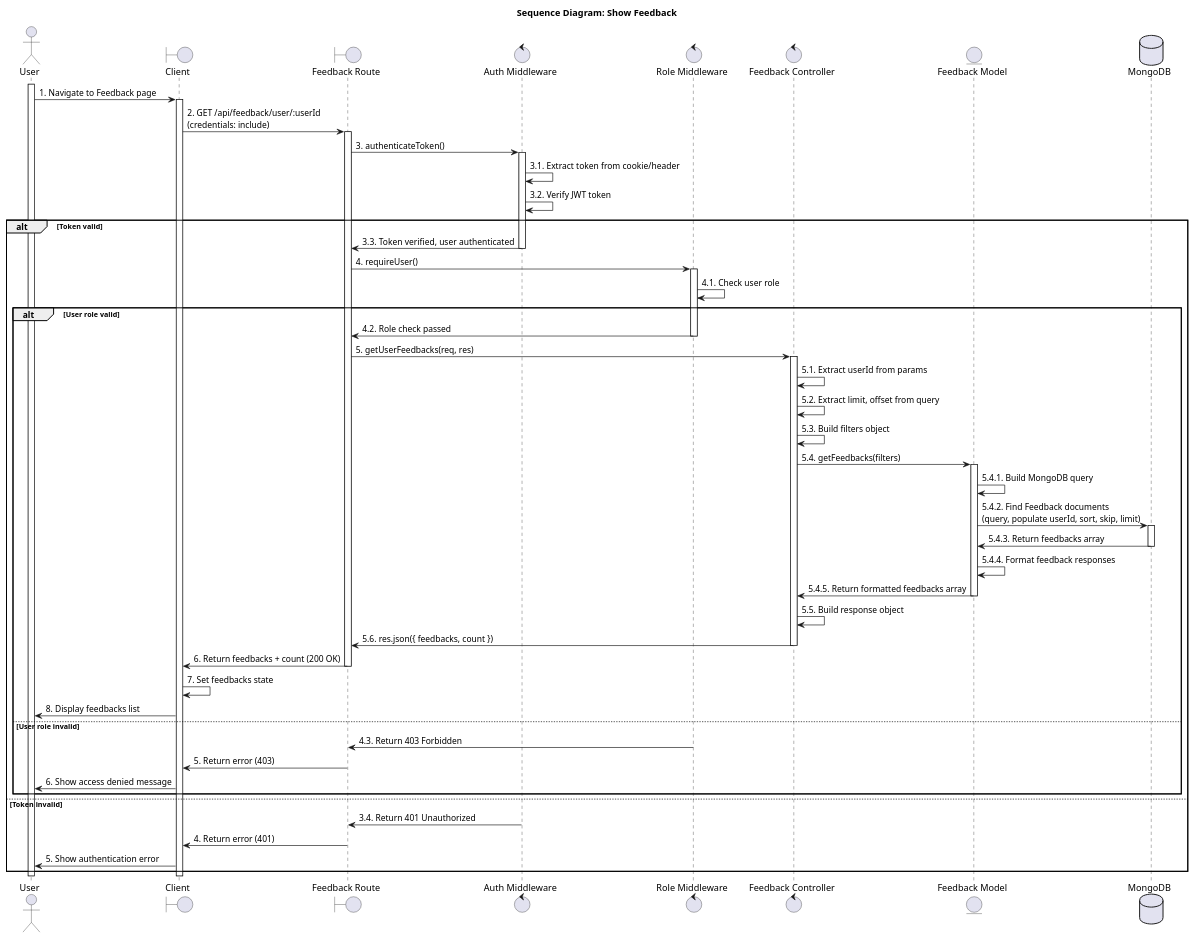
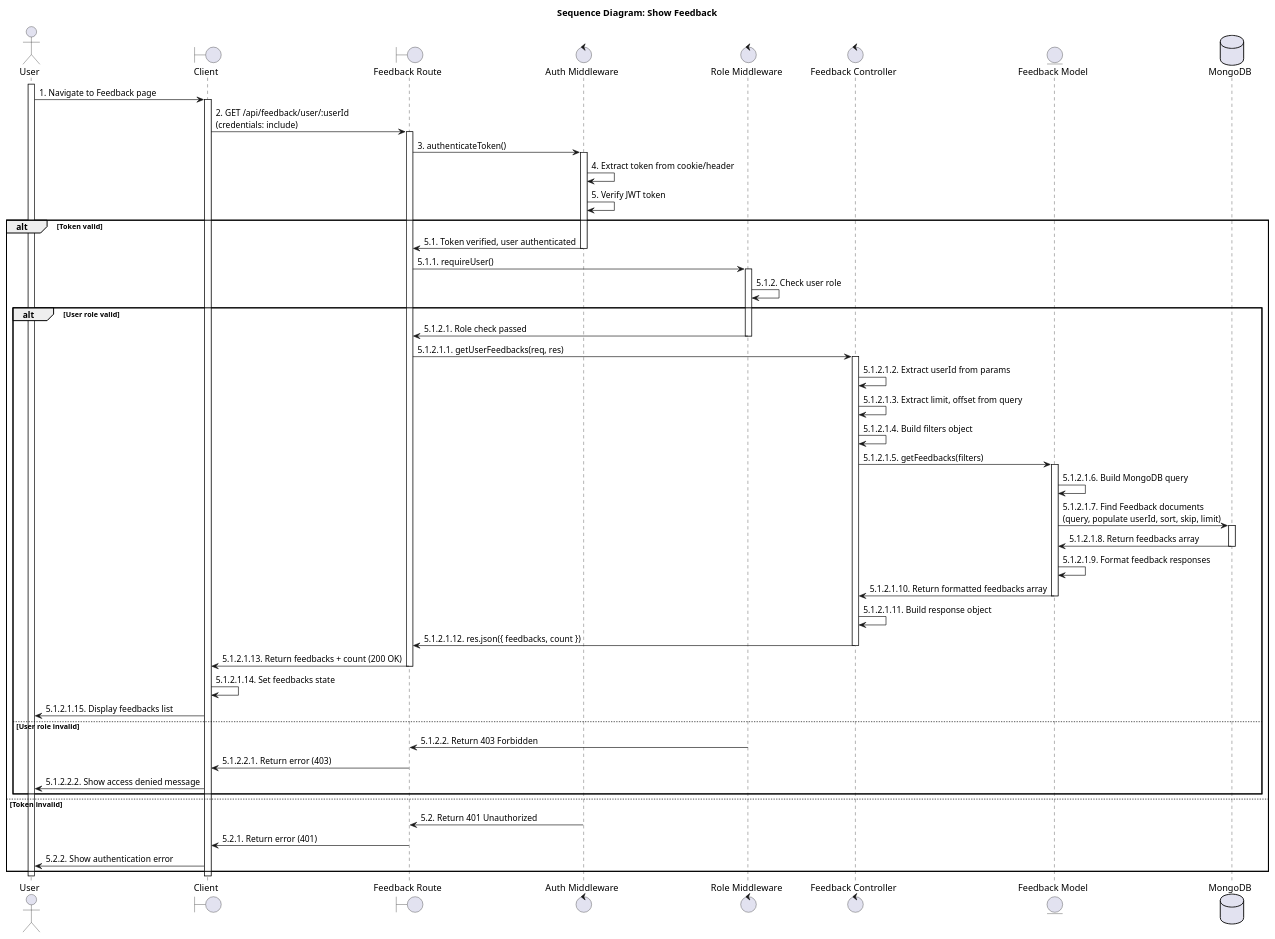
The first of 10 diagrams in SEQUENCE_DIAGRAMS_UC.md (SvnFrs/re-oldvibes), drawn with PlantUML before and after one commit. The commit also changed other lines of this file, not shown here.

````diff
--- a/SEQUENCE_DIAGRAMS_UC.md
+++ b/SEQUENCE_DIAGRAMS_UC.md
@@ -7,71 +7,71 @@
 ```plantuml
 @startuml Show Feedback
 title Sequence Diagram: Show Feedback
 
 actor User
 boundary "Client" as Client
 boundary "Feedback Route" as Route
 control "Auth Middleware" as AuthMiddleware
 control "Role Middleware" as RoleMiddleware
 control "Feedback Controller" as Controller
 entity "Feedback Model" as Model
 database "MongoDB" as Database
 
 activate User
 User -> Client : 1. Navigate to Feedback page
 activate Client
 Client -> Route : 2. GET /api/feedback/user/:userId\n(credentials: include)
 activate Route
 Route -> AuthMiddleware : 3. authenticateToken()
 activate AuthMiddleware
-AuthMiddleware -> AuthMiddleware : 3.1. Extract token from cookie/header
-AuthMiddleware -> AuthMiddleware : 3.2. Verify JWT token
+AuthMiddleware -> AuthMiddleware : 4. Extract token from cookie/header
+AuthMiddleware -> AuthMiddleware : 5. Verify JWT token
 alt Token valid
-    AuthMiddleware -> Route : 3.3. Token verified, user authenticated
+    AuthMiddleware -> Route : 5.1. Token verified, user authenticated
     deactivate AuthMiddleware
-    Route -> RoleMiddleware : 4. requireUser()
+    Route -> RoleMiddleware : 5.1.1. requireUser()
     activate RoleMiddleware
-    RoleMiddleware -> RoleMiddleware : 4.1. Check user role
+    RoleMiddleware -> RoleMiddleware : 5.1.2. Check user role
     alt User role valid
-        RoleMiddleware -> Route : 4.2. Role check passed
+        RoleMiddleware -> Route : 5.1.2.1. Role check passed
         deactivate RoleMiddleware
-        Route -> Controller : 5. getUserFeedbacks(req, res)
+        Route -> Controller : 5.1.2.1.1. getUserFeedbacks(req, res)
         activate Controller
-        Controller -> Controller : 5.1. Extract userId from params
-        Controller -> Controller : 5.2. Extract limit, offset from query
-        Controller -> Controller : 5.3. Build filters object
-        Controller -> Model : 5.4. getFeedbacks(filters)
+        Controller -> Controller : 5.1.2.1.2. Extract userId from params
+        Controller -> Controller : 5.1.2.1.3. Extract limit, offset from query
+        Controller -> Controller : 5.1.2.1.4. Build filters object
+        Controller -> Model : 5.1.2.1.5. getFeedbacks(filters)
         activate Model
-        Model -> Model : 5.4.1. Build MongoDB query
-        Model -> Database : 5.4.2. Find Feedback documents\n(query, populate userId, sort, skip, limit)
+        Model -> Model : 5.1.2.1.6. Build MongoDB query
+        Model -> Database : 5.1.2.1.7. Find Feedback documents\n(query, populate userId, sort, skip, limit)
         activate Database
-        Database -> Model : 5.4.3. Return feedbacks array
+        Database -> Model : 5.1.2.1.8. Return feedbacks array
         deactivate Database
-        Model -> Model : 5.4.4. Format feedback responses
-        Model -> Controller : 5.4.5. Return formatted feedbacks array
+        Model -> Model : 5.1.2.1.9. Format feedback responses
+        Model -> Controller : 5.1.2.1.10. Return formatted feedbacks array
         deactivate Model
-        Controller -> Controller : 5.5. Build response object
-        Controller -> Route : 5.6. res.json({ feedbacks, count })
+        Controller -> Controller : 5.1.2.1.11. Build response object
+        Controller -> Route : 5.1.2.1.12. res.json({ feedbacks, count })
         deactivate Controller
-        Route -> Client : 6. Return feedbacks + count (200 OK)
+        Route -> Client : 5.1.2.1.13. Return feedbacks + count (200 OK)
         deactivate Route
-        Client -> Client : 7. Set feedbacks state
-        Client -> User : 8. Display feedbacks list
+        Client -> Client : 5.1.2.1.14. Set feedbacks state
+        Client -> User : 5.1.2.1.15. Display feedbacks list
     else User role invalid
-        RoleMiddleware -> Route : 4.3. Return 403 Forbidden
+        RoleMiddleware -> Route : 5.1.2.2. Return 403 Forbidden
         deactivate RoleMiddleware
-        Route -> Client : 5. Return error (403)
+        Route -> Client : 5.1.2.2.1. Return error (403)
         deactivate Route
-        Client -> User : 6. Show access denied message
+        Client -> User : 5.1.2.2.2. Show access denied message
     end
 else Token invalid
-    AuthMiddleware -> Route : 3.4. Return 401 Unauthorized
+    AuthMiddleware -> Route : 5.2. Return 401 Unauthorized
     deactivate AuthMiddleware
-    Route -> Client : 4. Return error (401)
+    Route -> Client : 5.2.1. Return error (401)
     deactivate Route
-    Client -> User : 5. Show authentication error
+    Client -> User : 5.2.2. Show authentication error
 end
 deactivate Client
 deactivate User
 @enduml
 ```
````
